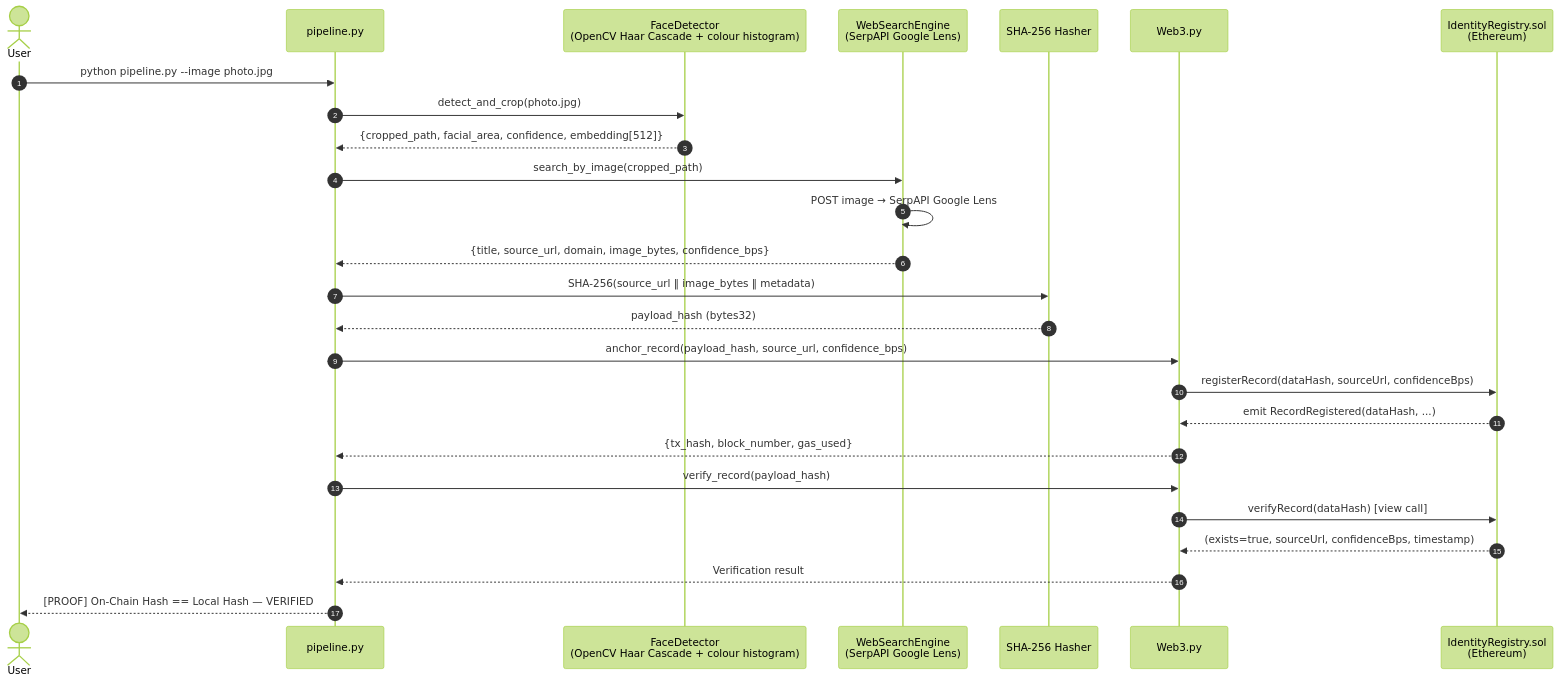
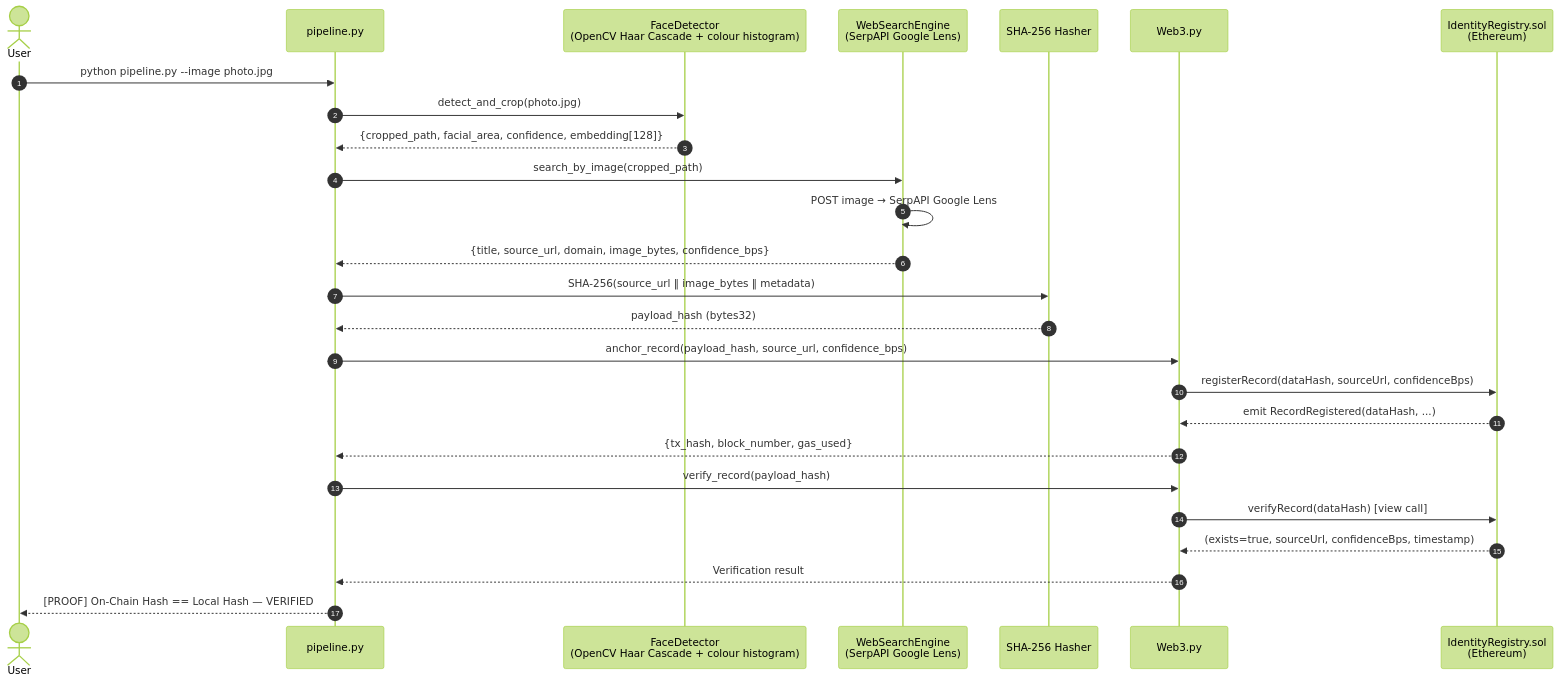
The diagram in README.md (ShrujanSunkari/hh_goa_task3), drawn with Mermaid (forest theme) before and after one commit. The commit also changed other lines of this file and 7 other files, not shown here.

````diff
--- a/README.md
+++ b/README.md
@@ -42,34 +42,34 @@
 ```mermaid
 sequenceDiagram
     autonumber
     actor User
     participant CLI   as pipeline.py
     participant FD    as FaceDetector<br/>(OpenCV Haar Cascade + colour histogram)
     participant SE    as WebSearchEngine<br/>(SerpAPI Google Lens)
     participant Hash  as SHA-256 Hasher
     participant W3    as Web3.py
     participant Chain as IdentityRegistry.sol<br/>(Ethereum)
 
     User  ->> CLI   : python pipeline.py --image photo.jpg
     CLI   ->> FD    : detect_and_crop(photo.jpg)
-    FD    -->> CLI  : {cropped_path, facial_area, confidence, embedding[512]}
+    FD    -->> CLI  : {cropped_path, facial_area, confidence, embedding[128]}
 
     CLI   ->> SE    : search_by_image(cropped_path)
     SE    ->> SE    : POST image → SerpAPI Google Lens
     SE    -->> CLI  : {title, source_url, domain, image_bytes, confidence_bps}
 
     CLI   ->> Hash  : SHA-256(source_url ‖ image_bytes ‖ metadata)
     Hash  -->> CLI  : payload_hash (bytes32)
 
     CLI   ->> W3    : anchor_record(payload_hash, source_url, confidence_bps)
     W3    ->> Chain : registerRecord(dataHash, sourceUrl, confidenceBps)
     Chain -->> W3   : emit RecordRegistered(dataHash, ...)
     W3    -->> CLI  : {tx_hash, block_number, gas_used}
 
     CLI   ->> W3    : verify_record(payload_hash)
     W3    ->> Chain : verifyRecord(dataHash) [view call]
     Chain -->> W3   : (exists=true, sourceUrl, confidenceBps, timestamp)
     W3    -->> CLI  : Verification result
 
     CLI   -->> User : [PROOF] On-Chain Hash == Local Hash — VERIFIED
 ```
````
